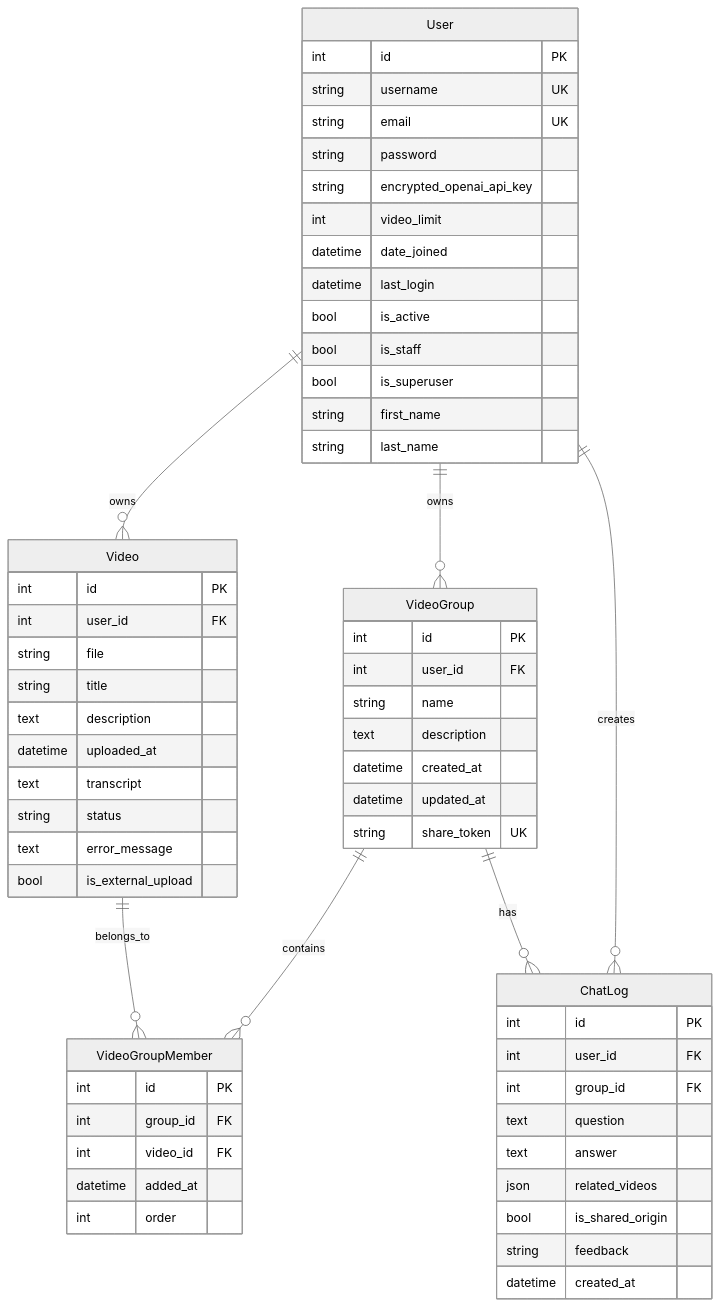
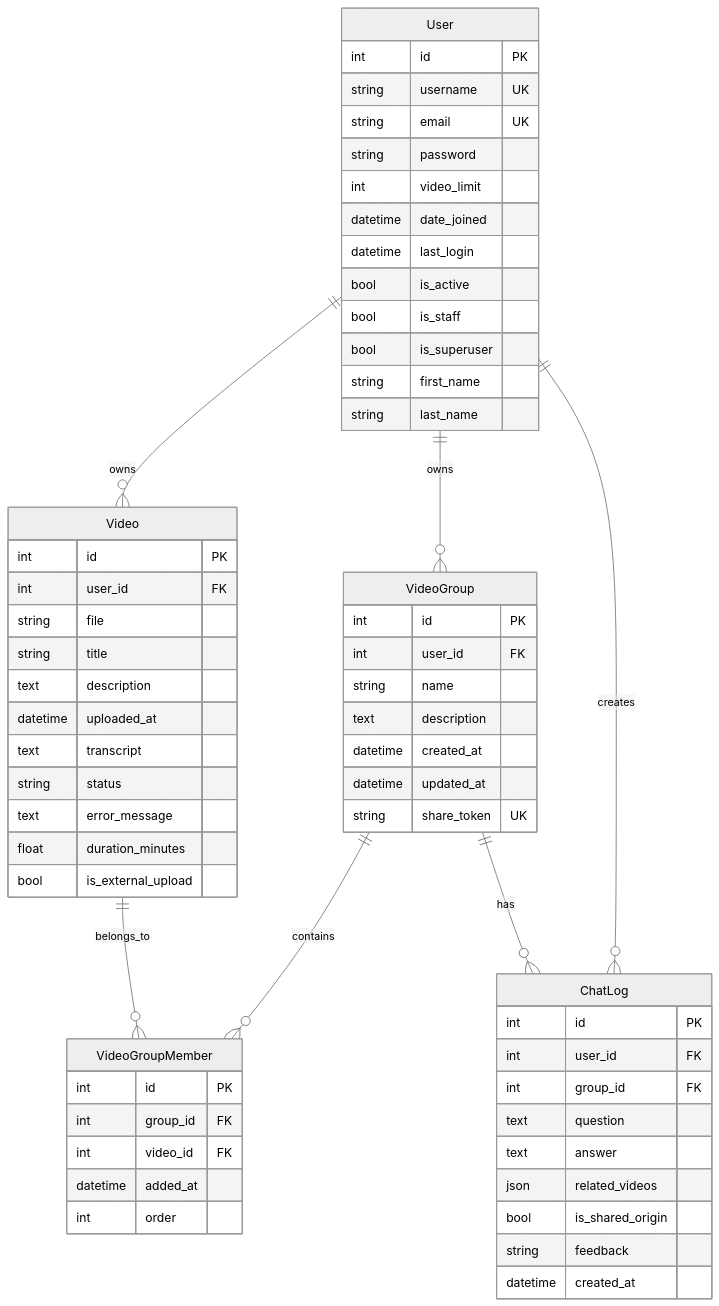
Before and after one commit to yukiharada1228/videoq: the diagram in docs/database/er-diagram.md, drawn with Mermaid (neutral theme). The commit also changed 2 other files, not shown here.

Commit message:
Update documentation for OpenAI API key and Whisper usage tracking
- Remove encrypted_openai_api_key field from User model documentation
- Add duration_minutes field to Video model documentation
- Update video_limit default value from 10 to 50
- Update ER diagram and class diagram to reflect model changes

````diff
--- a/docs/database/er-diagram.md
+++ b/docs/database/er-diagram.md
@@ -9,68 +9,68 @@
 ```mermaid
 erDiagram
     User ||--o{ Video : owns
     User ||--o{ VideoGroup : owns
     User ||--o{ ChatLog : creates
     VideoGroup ||--o{ VideoGroupMember : contains
     Video ||--o{ VideoGroupMember : belongs_to
     VideoGroup ||--o{ ChatLog : has
     
     User {
         int id PK
         string username UK
         string email UK
         string password
-        string encrypted_openai_api_key
         int video_limit
         datetime date_joined
         datetime last_login
         bool is_active
         bool is_staff
         bool is_superuser
         string first_name
         string last_name
     }
     
     Video {
         int id PK
         int user_id FK
         string file
         string title
         text description
         datetime uploaded_at
         text transcript
         string status
         text error_message
+        float duration_minutes
         bool is_external_upload
     }
     
     VideoGroup {
         int id PK
         int user_id FK
         string name
         text description
         datetime created_at
         datetime updated_at
         string share_token UK
     }
     
     VideoGroupMember {
         int id PK
         int group_id FK
         int video_id FK
         datetime added_at
         int order
     }
     
     ChatLog {
         int id PK
         int user_id FK
         int group_id FK
         text question
         text answer
         json related_videos
         bool is_shared_origin
         string feedback
         datetime created_at
     }
 ```
````
